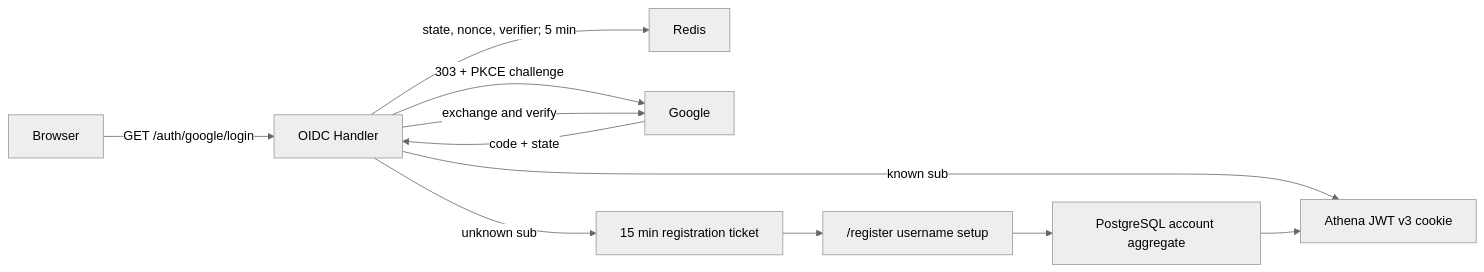
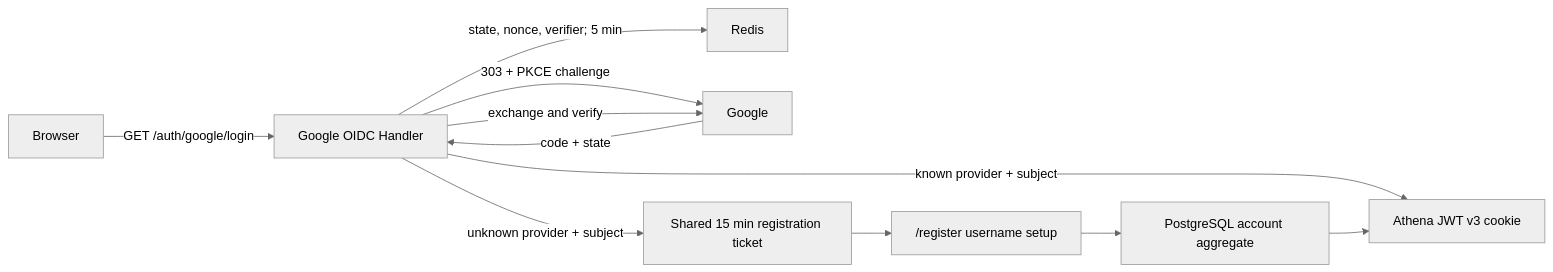
The diagram in docs/design/identity-access/google-oidc-login.md (useryege/athena-o), drawn with Mermaid (neutral theme) before and after one commit. The commit also changed other lines of this file and 47 other files, not shown here.

````diff
--- a/docs/design/identity-access/google-oidc-login.md
+++ b/docs/design/identity-access/google-oidc-login.md
@@ -32,13 +34,13 @@
 ```mermaid
 flowchart LR
-    B["Browser"] -->|"GET /auth/google/login"| H["OIDC Handler"]
+    B["Browser"] -->|"GET /auth/google/login"| H["Google OIDC Handler"]
     H -->|"state, nonce, verifier; 5 min"| R["Redis"]
     H -->|"303 + PKCE challenge"| G["Google"]
     G -->|"code + state"| H
     H -->|"exchange and verify"| G
-    H -->|"known sub"| S["Athena JWT v3 cookie"]
-    H -->|"unknown sub"| T["15 min registration ticket"]
+    H -->|"known provider + subject"| S["Athena JWT v3 cookie"]
+    H -->|"unknown provider + subject"| T["Shared 15 min registration ticket"]
     T --> U["/register username setup"]
     U --> D["PostgreSQL account aggregate"]
     D --> S
 ```
````
